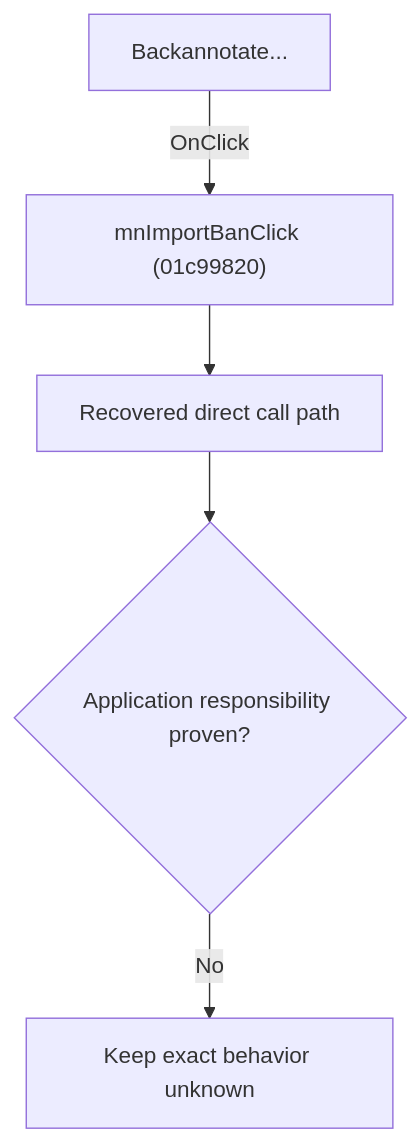
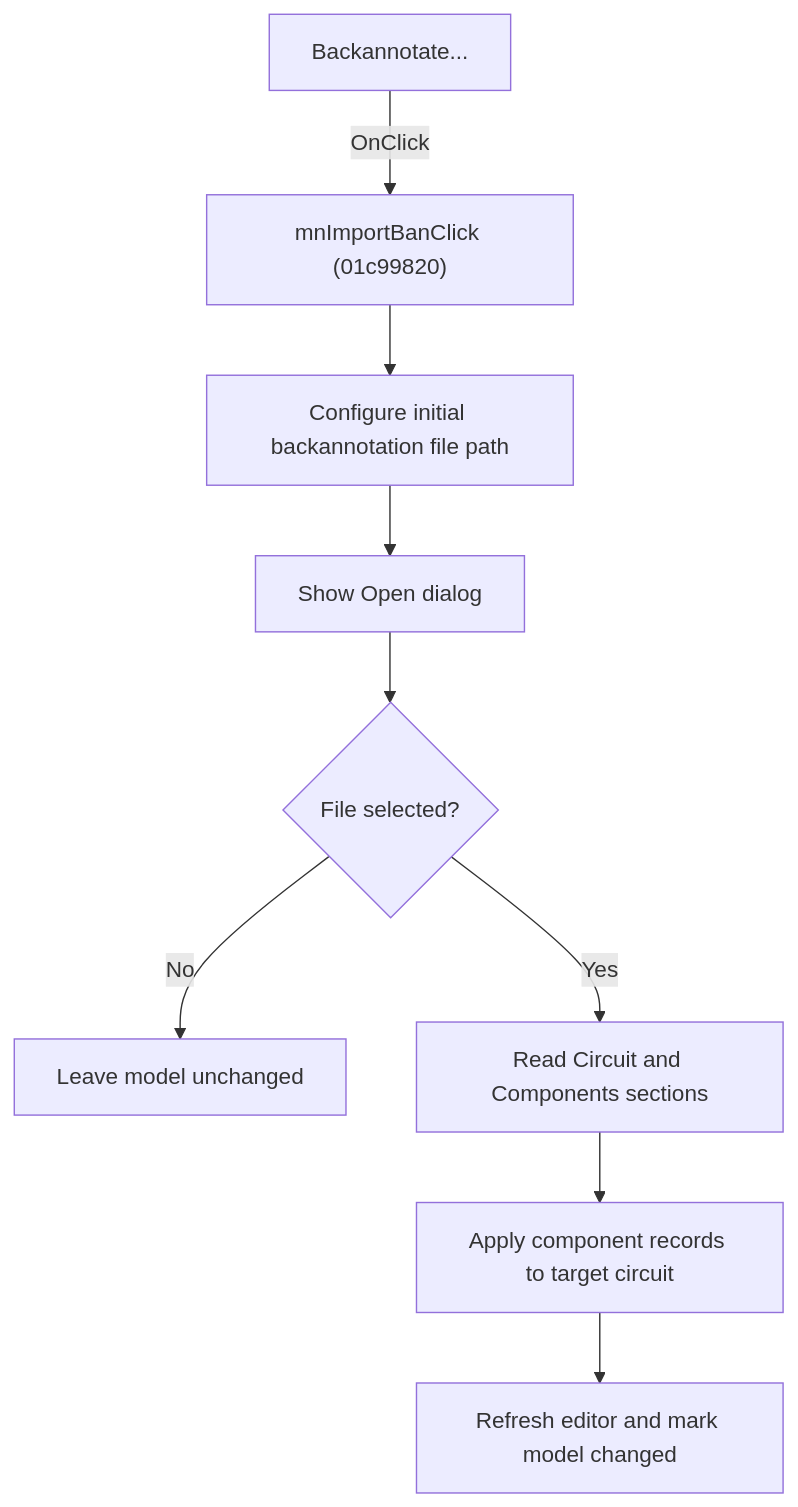
The diagram in docs/ui-controls/schematiceditor/mnimportban-bab9d71339.md (MovGP0/TIARA), drawn with Mermaid before and after one commit. The commit also changed other lines of this file and 241 other files, not shown here.

````diff
--- a/docs/ui-controls/schematiceditor/mnimportban-bab9d71339.md
+++ b/docs/ui-controls/schematiceditor/mnimportban-bab9d71339.md
@@ -27,7 +29,11 @@
 ```mermaid
 flowchart TD
-    control["Backannotate..."] -->|"OnClick"| handler["mnImportBanClick (01c99820)"]
-    handler --> recovered["Recovered direct call path"]
-    recovered --> gap{"Application responsibility proven?"}
-    gap -->|"No"| blocked["Keep exact behavior unknown"]
+    control["Backannotate..."] -->|OnClick| handler["mnImportBanClick (01c99820)"]
+    handler --> configure["Configure initial backannotation file path"]
+    configure --> dialog["Show Open dialog"]
+    dialog --> accepted{"File selected?"}
+    accepted -->|No| stop["Leave model unchanged"]
+    accepted -->|Yes| parse["Read Circuit and Components sections"]
+    parse --> apply["Apply component records to target circuit"]
+    apply --> refresh["Refresh editor and mark model changed"]
 ```
````
